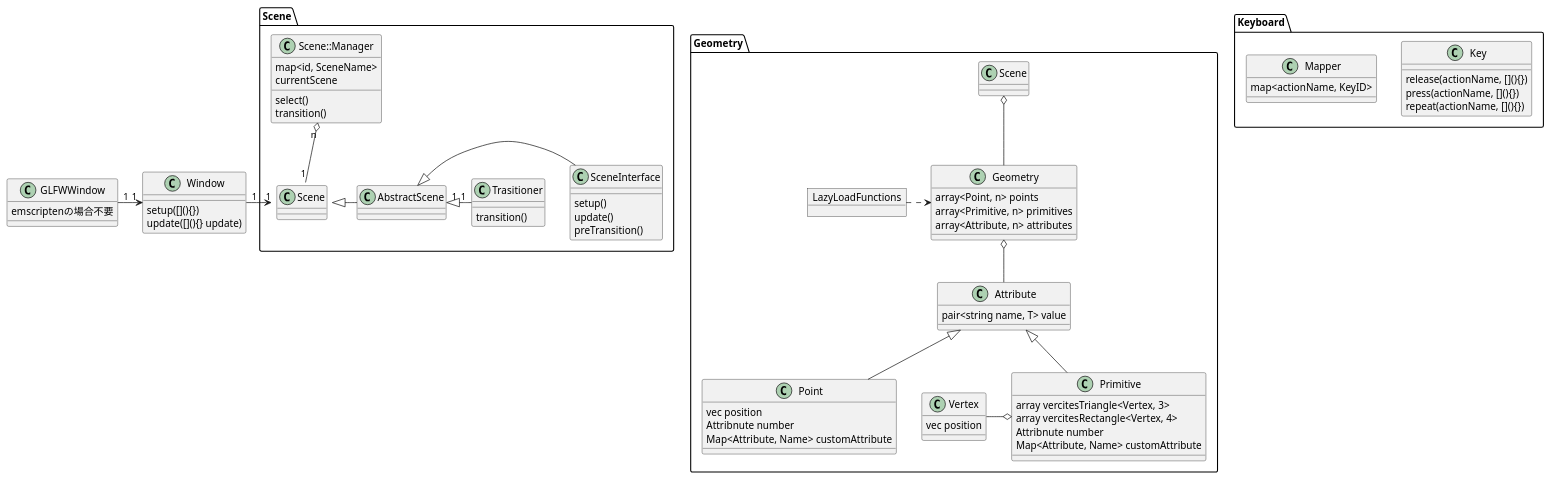
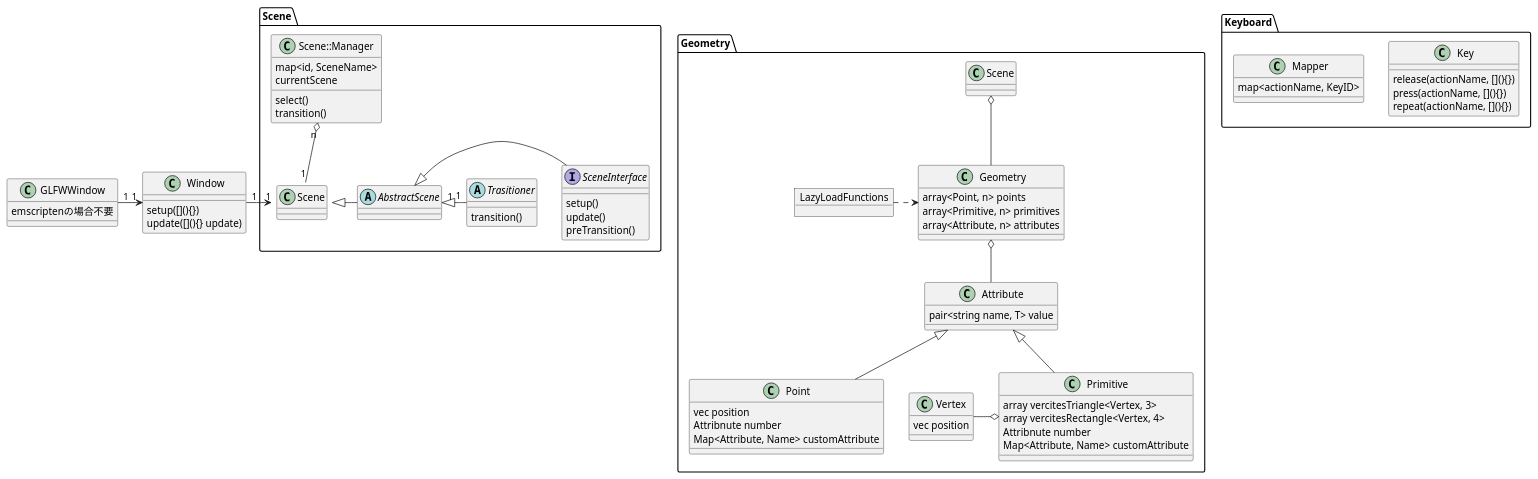
The diagram in UML/classs.pu (thu0x31/Learn_OpenGL_and_Managers), drawn with PlantUML before and after one commit.

Commit message:
update UML

```diff
--- a/UML/classs.pu
+++ b/UML/classs.pu
@@ -1,98 +1,98 @@
 @startuml thux
 ' eventは各自のオブジェクトが持ちたい
 
 class GLFWWindow {
     emscriptenの場合不要
 }
 GLFWWindow "1" -> "1" Window
 
 class Window {
     setup([](){})
     update([](){} update)
 }
 ' Window --> Scene
 ' Window --> Geometry
 
 package Scene {
     Window "1" -> "1" Scene::Manager
     
     class Scene::Manager {
         map<id, SceneName>
         currentScene
         select()
         transition()
     }
     Scene::Manager "n" o-- "1" Scene
 
     Scene <|- AbstractScene
-    class AbstractScene {
+    abstract AbstractScene {
     }
 
     AbstractScene  <|- SceneInterface
-    class SceneInterface {
+    interface SceneInterface {
         setup()
         update()
         preTransition()
     }
 
     AbstractScene "1" <|- "1" Trasitioner
-    class Trasitioner {
+    abstract Trasitioner {
         transition()
     }
 }
 
 package Keyboard {
     ' 1 : n ? key('e')
     ' 1 : 1 key().press('e')
     class Key {
         release(actionName, [](){})
         press(actionName, [](){})
         repeat(actionName, [](){})
     }
 
     class Mapper {
         map<actionName, KeyID>
     }
 }
 
 package Geometry {
     class Geometry {
         array<Point, n> points
         array<Primitive, n> primitives
         array<Attribute, n> attributes
     }
     Scene o-- Geometry
 
     Geometry o-- Attribute
 
     object LazyLoadFunctions {
 
     }
     LazyLoadFunctions .> Geometry
 
     class Attribute {
         pair<string name, T> value
     }
 
     class Point {
         vec position
         Attribnute number
         Map<Attribute, Name> customAttribute
     }
     Attribute <|-- Point
 
     class Primitive {
         array vercitesTriangle<Vertex, 3>
         array vercitesRectangle<Vertex, 4>
         Attribnute number
         Map<Attribute, Name> customAttribute
     }
     Attribute <|-- Primitive
 
     class Vertex {
         vec position
     }
     Vertex -o Primitive
     ' Vertex <|- Attribute
 }
 @enduml
```
